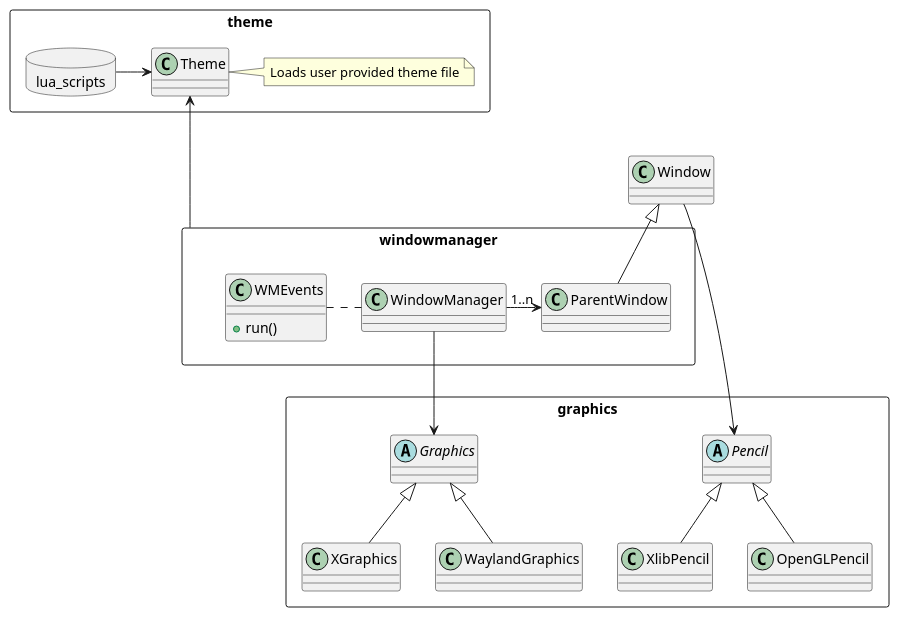
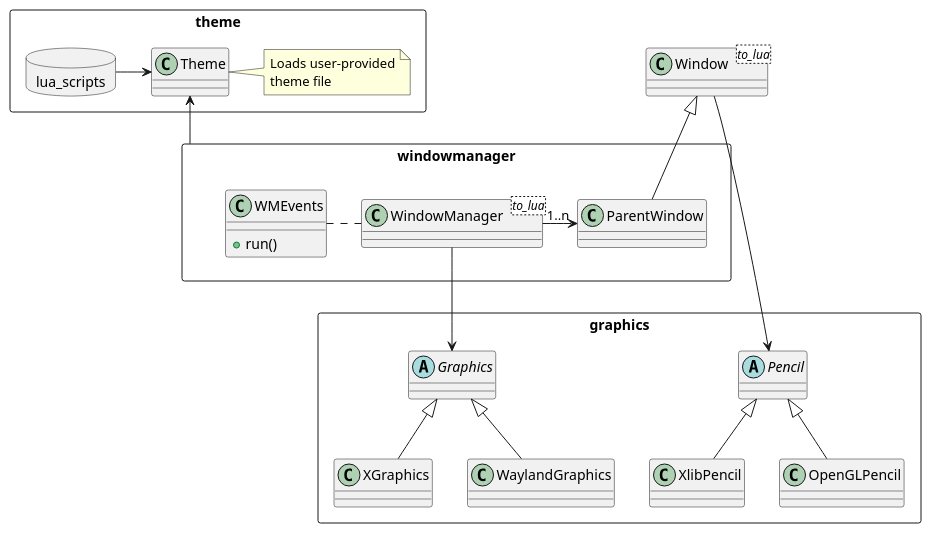
Before and after one commit to andrenho/customwm: the diagram in doc/classes.puml, drawn with PlantUML.

```diff
--- a/doc/classes.puml
+++ b/doc/classes.puml
@@ -1,41 +1,42 @@
 @startuml
 
 rectangle theme {
     package lua_scripts <<Database>> {
     }
     class Theme
     lua_scripts -> Theme
     note right of Theme
-        Loads user provided theme file
+        Loads user-provided
+        theme file
     end note
 }
 
-class Window
+class Window <to_lua>
 
 rectangle windowmanager {
-    class WindowManager
+    class WindowManager <to_lua>
     class ParentWindow
     class WMEvents {
         +run()
     }
     WindowManager -> "1..n" ParentWindow
     ParentWindow -up-|> Window
     WindowManager .left. WMEvents
 }
 
 rectangle graphics {
     abstract class Graphics
     abstract class Pencil
 
     Graphics <|-- XGraphics
     Graphics <|-- WaylandGraphics
 
     Pencil <|-- XlibPencil
     Pencil <|-- OpenGLPencil
 }
 
-windowmanager -up--> Theme
+windowmanager -up-> Theme
 WindowManager --> Graphics
 Window --> Pencil
 
 @enduml
```
